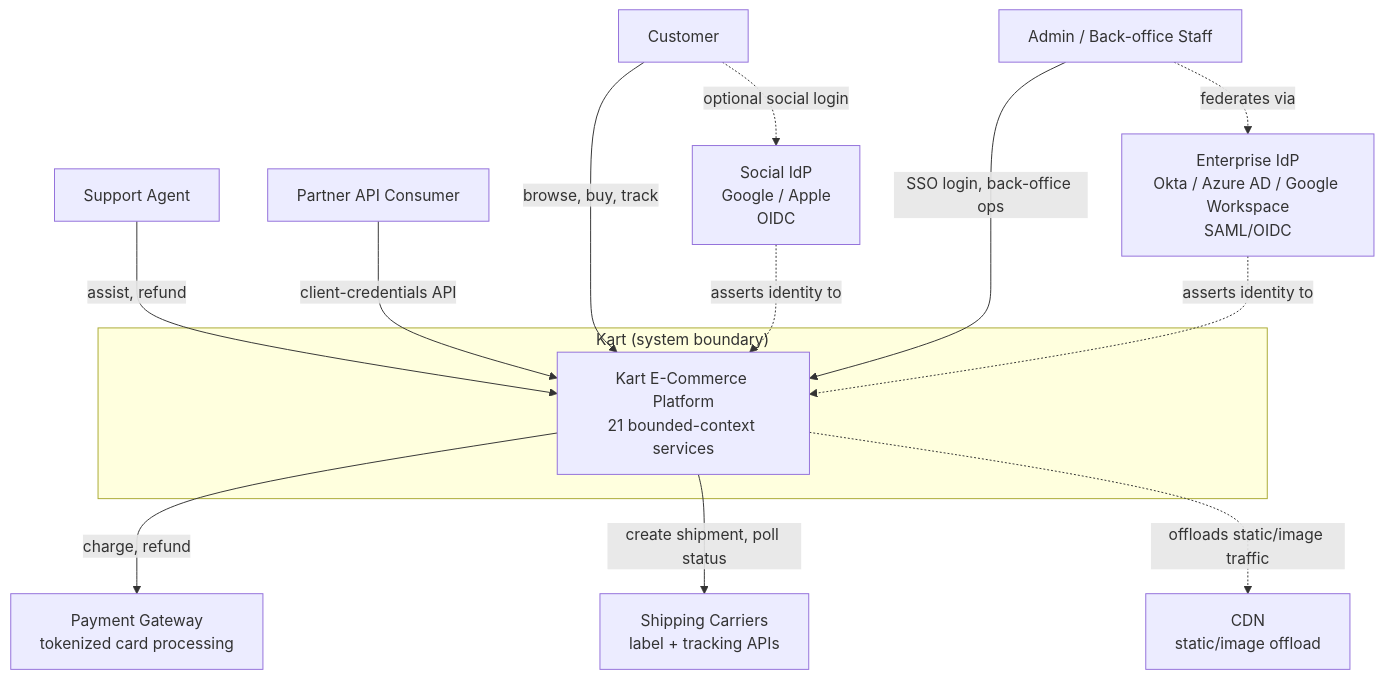
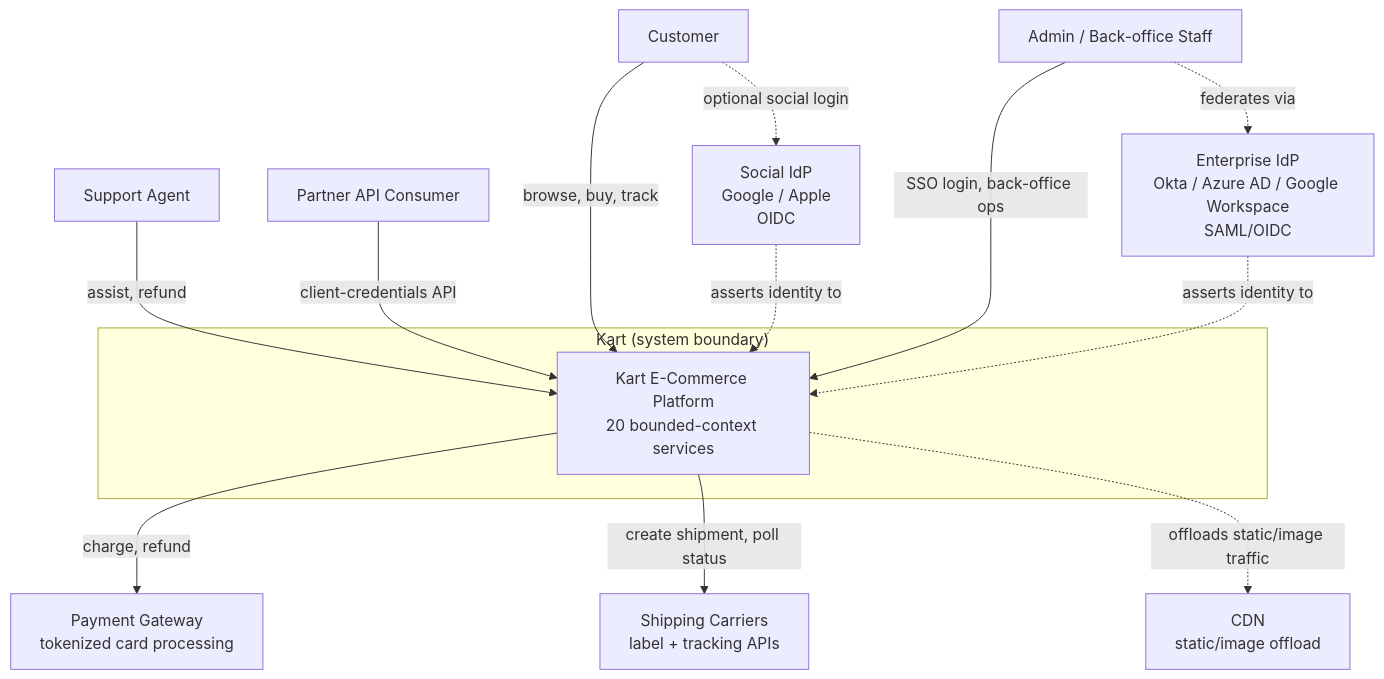
Before and after one commit to kakon-mehedi/kart-platform: the diagram in docs/architecture/system-context.md, drawn with Mermaid. The commit also changed other lines of this file and 20 other files, not shown here.

````diff
--- a/docs/architecture/system-context.md
+++ b/docs/architecture/system-context.md
@@ -10,31 +10,31 @@
 ```mermaid
 graph TB
     Customer[Customer]
     Support[Support Agent]
     Admin[Admin / Back-office Staff]
     Partner[Partner API Consumer]
 
     subgraph Kart["Kart (system boundary)"]
-        System[Kart E-Commerce Platform<br/>21 bounded-context services]
+        System[Kart E-Commerce Platform<br/>20 bounded-context services]
     end
 
     EnterpriseIdP[Enterprise IdP<br/>Okta / Azure AD / Google Workspace<br/>SAML/OIDC]
     SocialIdP[Social IdP<br/>Google / Apple<br/>OIDC]
     PaymentGW[Payment Gateway<br/>tokenized card processing]
     Carriers[Shipping Carriers<br/>label + tracking APIs]
     CDN[CDN<br/>static/image offload]
 
     Customer -->|browse, buy, track| System
     Support -->|assist, refund| System
     Admin -->|SSO login, back-office ops| System
     Partner -->|client-credentials API| System
 
     Admin -. federates via .-> EnterpriseIdP
     Customer -. optional social login .-> SocialIdP
     EnterpriseIdP -. asserts identity to .-> System
     SocialIdP -. asserts identity to .-> System
 
     System -->|charge, refund| PaymentGW
     System -->|create shipment, poll status| Carriers
     System -.->|offloads static/image traffic| CDN
 ```
````
